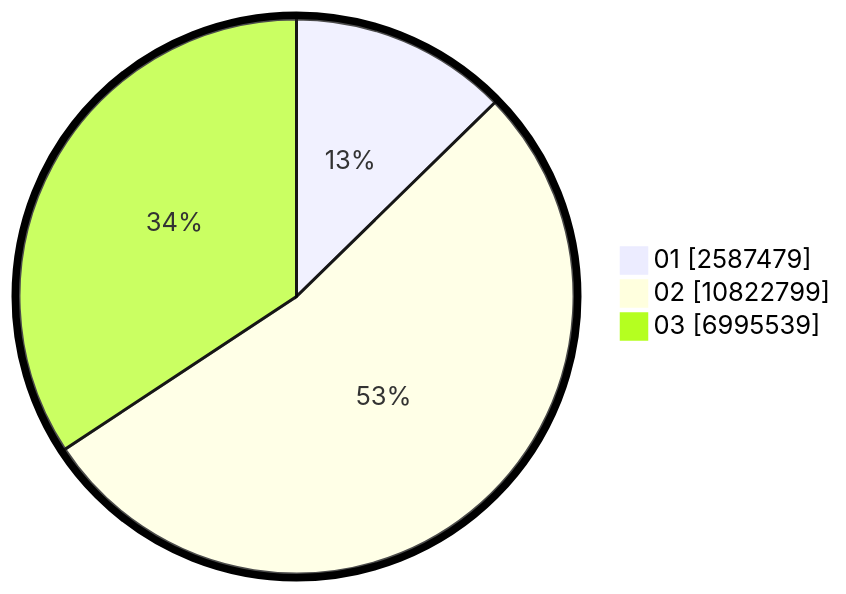
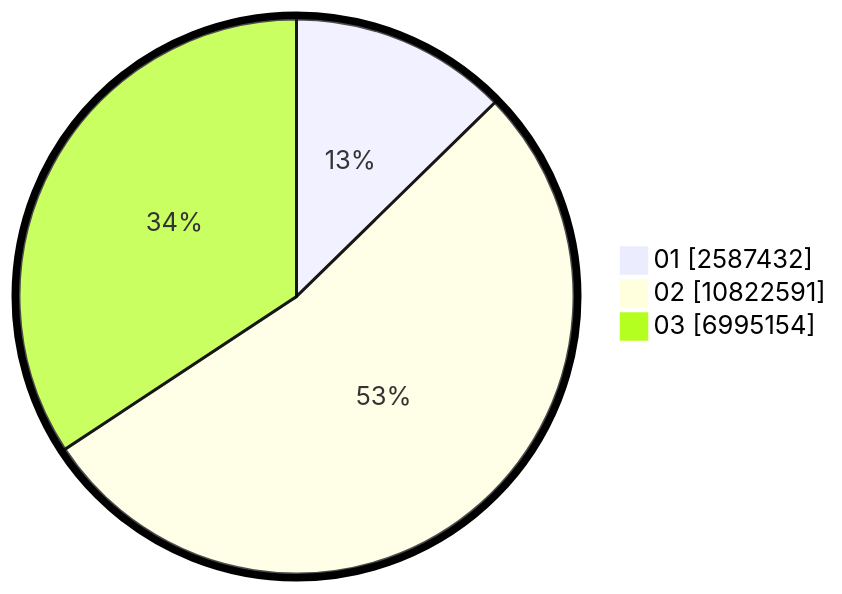
Before and after one commit to gigit-pemilu/pemilu-2024: the second of 2 diagrams in pilpres/hitung-suara/sub/table-wilayah-33.md, drawn with Mermaid. The commit also changed other lines of this file and 12 other files, not shown here.

````diff
--- a/pilpres/hitung-suara/sub/table-wilayah-33.md
+++ b/pilpres/hitung-suara/sub/table-wilayah-33.md
@@ -15,7 +15,7 @@
 ```mermaid
 %%{init: {"pie": {"textPosition": 0.5}, "themeVariables": {"pieOuterStrokeWidth": "5px"}} }%%
 pie showData
-    "01" : 2587479
-    "02" : 10822799
-    "03" : 6995539
+    "01" : 2587432
+    "02" : 10822591
+    "03" : 6995154
 ```
````
